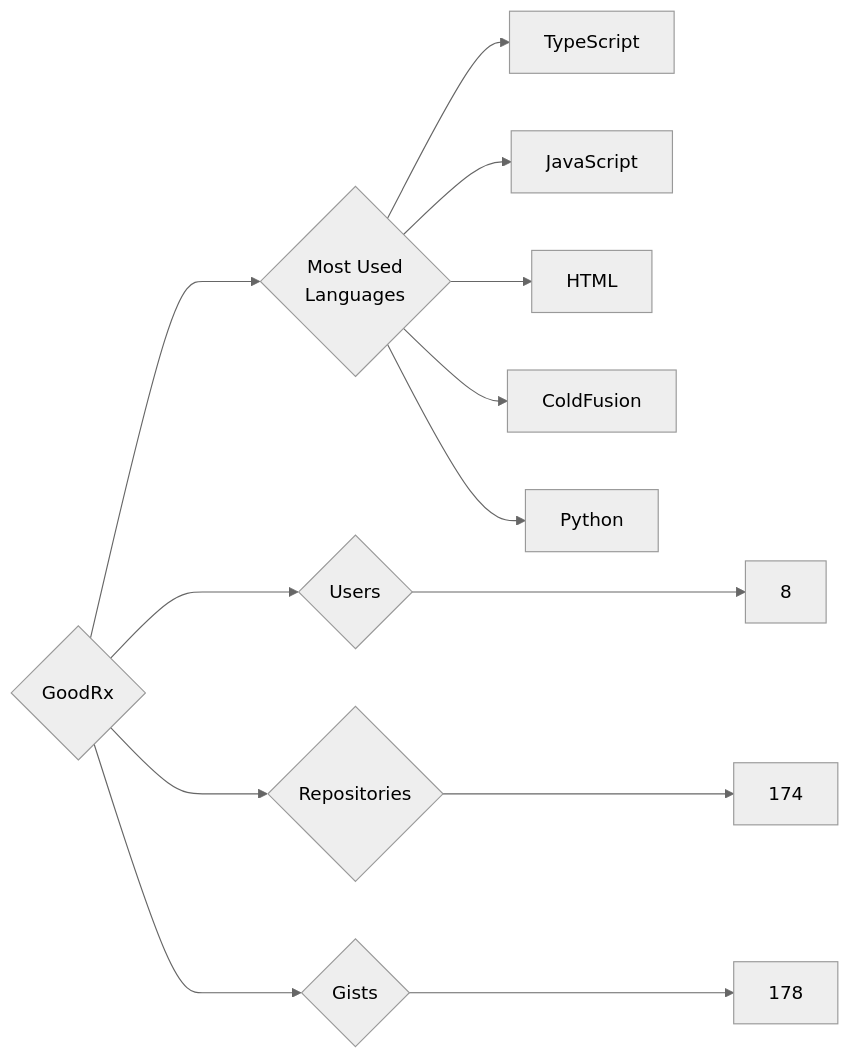
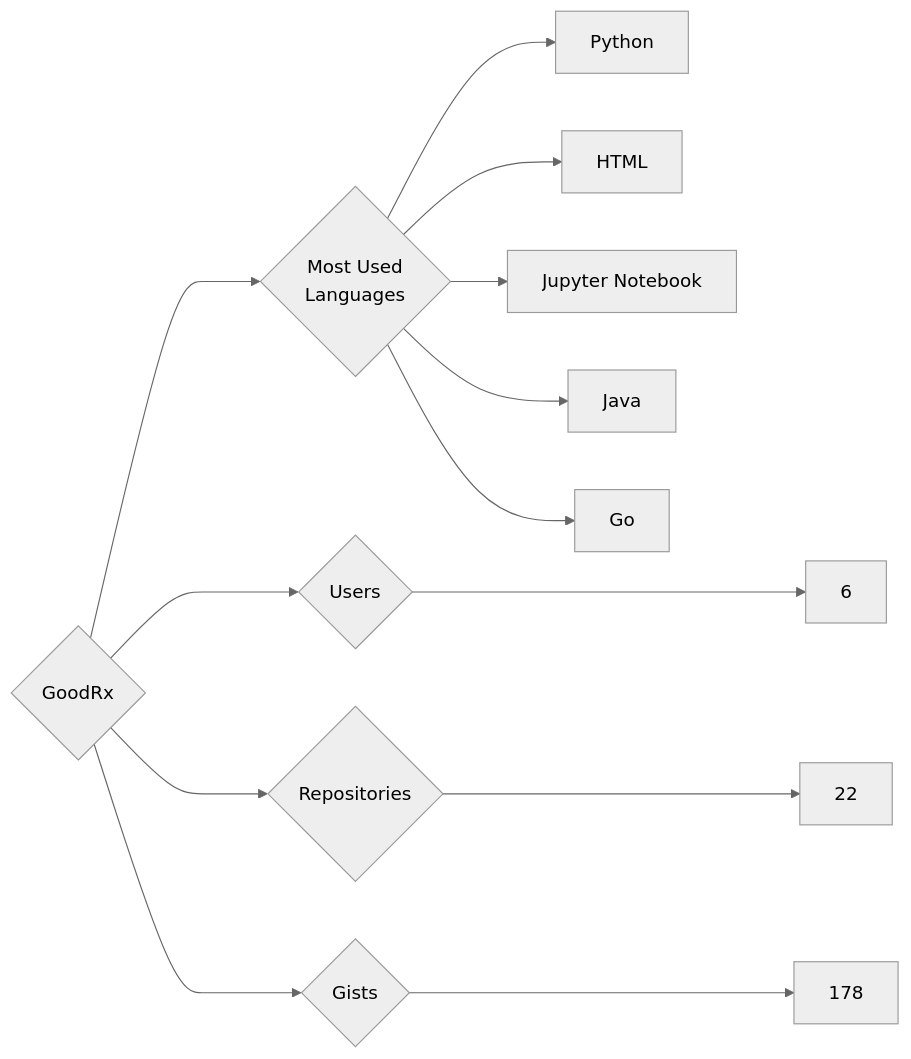
Before and after one commit to trickest/insiders: the diagram in targets/GoodRx/README.md, drawn with Mermaid (neutral theme). The commit also changed 1036 other files, not shown here.

````diff
--- a/targets/GoodRx/README.md
+++ b/targets/GoodRx/README.md
@@ -3,13 +3,13 @@
 ```mermaid
 graph LR
 COMPANY_NAME{GoodRx}
-COMPANY_NAME ---> U{Users} ---> UN[8]
-COMPANY_NAME ---> R{Repositories} ---> RN[174]
+COMPANY_NAME ---> U{Users} ---> UN[6]
+COMPANY_NAME ---> R{Repositories} ---> RN[22]
 COMPANY_NAME ---> G{Gists} ---> GN[178]
 COMPANY_NAME ---> ML{Most Used<br>Languages}
-ML --> TypeScript[TypeScript]
-ML --> JavaScript[JavaScript]
+ML --> Python[Python]
 ML --> HTML[HTML]
-ML --> ColdFusion[ColdFusion]
-ML --> Python[Python]
+ML --> Jupyter_Notebook[Jupyter Notebook]
+ML --> Java[Java]
+ML --> Go[Go]
 ```
````
